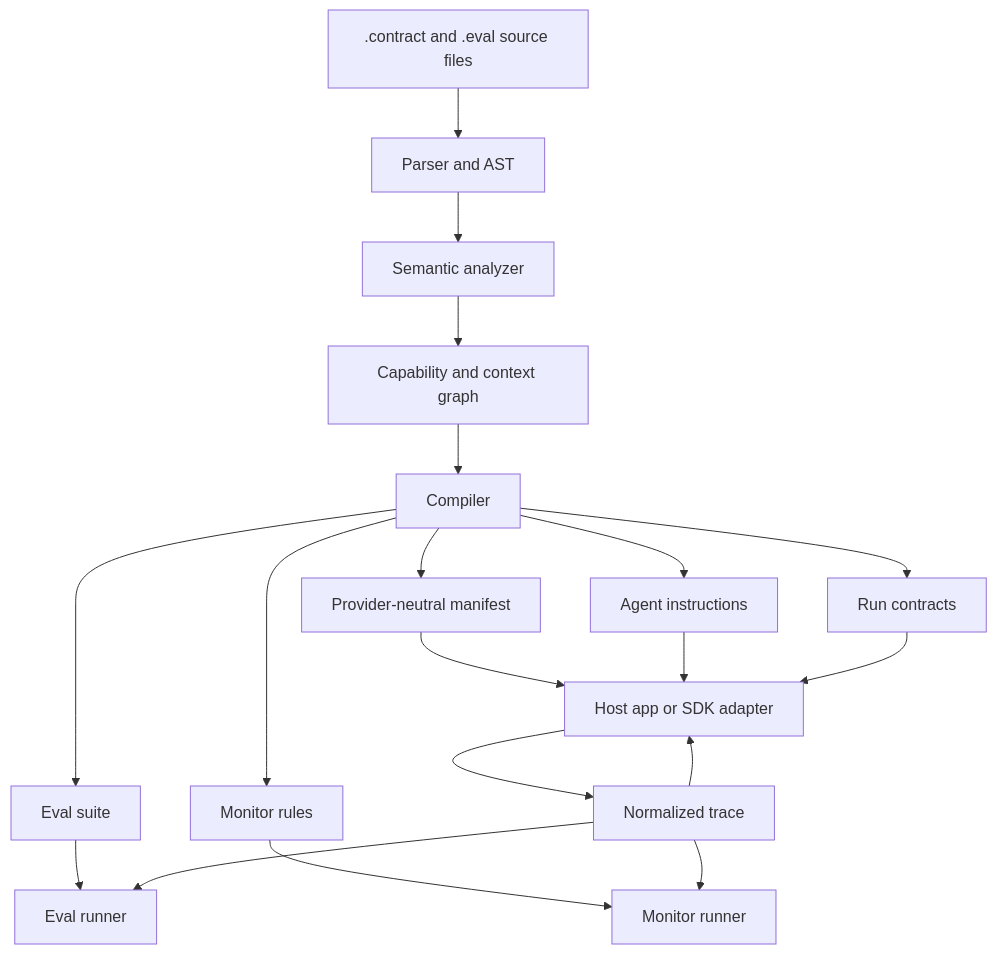
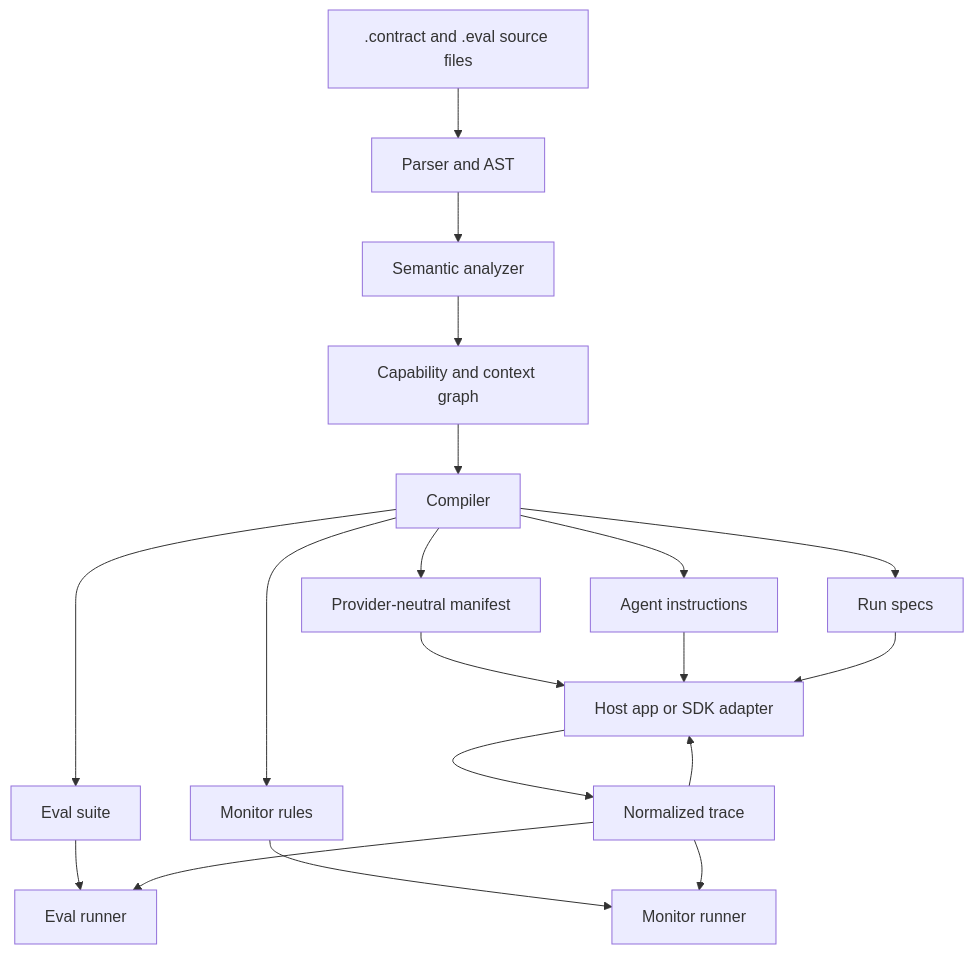
The diagram in docs/architecture/system-design.md (btfranklin/contract4agents), drawn with Mermaid before and after one commit. The commit also changed other lines of this file and 81 other files, not shown here.

````diff
--- a/docs/architecture/system-design.md
+++ b/docs/architecture/system-design.md
@@ -7,21 +7,21 @@
 ```mermaid
 graph TD
     Source[".contract and .eval source files"] --> Parser["Parser and AST"]
     Parser --> Semantics["Semantic analyzer"]
     Semantics --> CapabilityGraph["Capability and context graph"]
     CapabilityGraph --> Compiler["Compiler"]
     Compiler --> Instructions["Agent instructions"]
     Compiler --> Manifest["Provider-neutral manifest"]
     Compiler --> EvalPack["Eval suite"]
     Compiler --> MonitorPack["Monitor rules"]
-    Compiler --> RunContractPack["Run contracts"]
+    Compiler --> RunSpecPack["Run specs"]
     Manifest --> Host["Host app or SDK adapter"]
     Instructions --> Host
     Host --> Trace["Normalized trace"]
     EvalPack --> EvalRunner["Eval runner"]
     Trace --> EvalRunner
     MonitorPack --> MonitorRunner["Monitor runner"]
     Trace --> MonitorRunner
-    RunContractPack --> Host
+    RunSpecPack --> Host
     Trace --> Host
 ```
````
